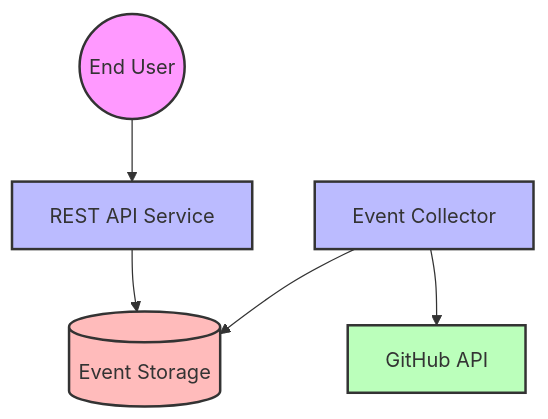
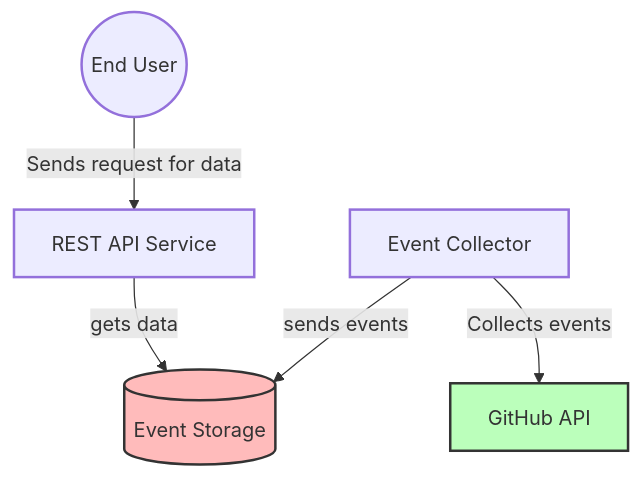
The diagram in README.md (polasudo/datamole), drawn with Mermaid before and after one commit.

Commit message:
Refactor architecture diagram in README.md to improve clarity and update syntax from mermaid to flowchart

````diff
--- a/README.md
+++ b/README.md
@@ -18,19 +18,13 @@
 ```mermaid
-graph TB
-    User((End User))
-    API[REST API Service]
-    GitHub[GitHub API]
-    Storage[(Event Storage)]
-    Collector[Event Collector]
-    
-    User --> API
-    API --> Storage
-    Collector --> GitHub
-    Collector --> Storage
-    
-    style User fill:#f9f,stroke:#333,stroke-width:2px
-    style API fill:#bbf,stroke:#333,stroke-width:2px
+flowchart TB
+    User(("End User")) -- Sends request for data --> API["REST API Service"]
+    API -- gets data --> Storage[("Event Storage")]
+    Collector["Event Collector"] -- Collects events --> GitHub["GitHub API"]
+    Collector -- sends events --> Storage
+
+    style User stroke-width:2px
+    style API stroke-width:2px
+    style Storage fill:#fbb,stroke:#333,stroke-width:2px
+    style Collector stroke-width:2px
     style GitHub fill:#bfb,stroke:#333,stroke-width:2px
-    style Storage fill:#fbb,stroke:#333,stroke-width:2px
-    style Collector fill:#bbf,stroke:#333,stroke-width:2px
 ```
````
